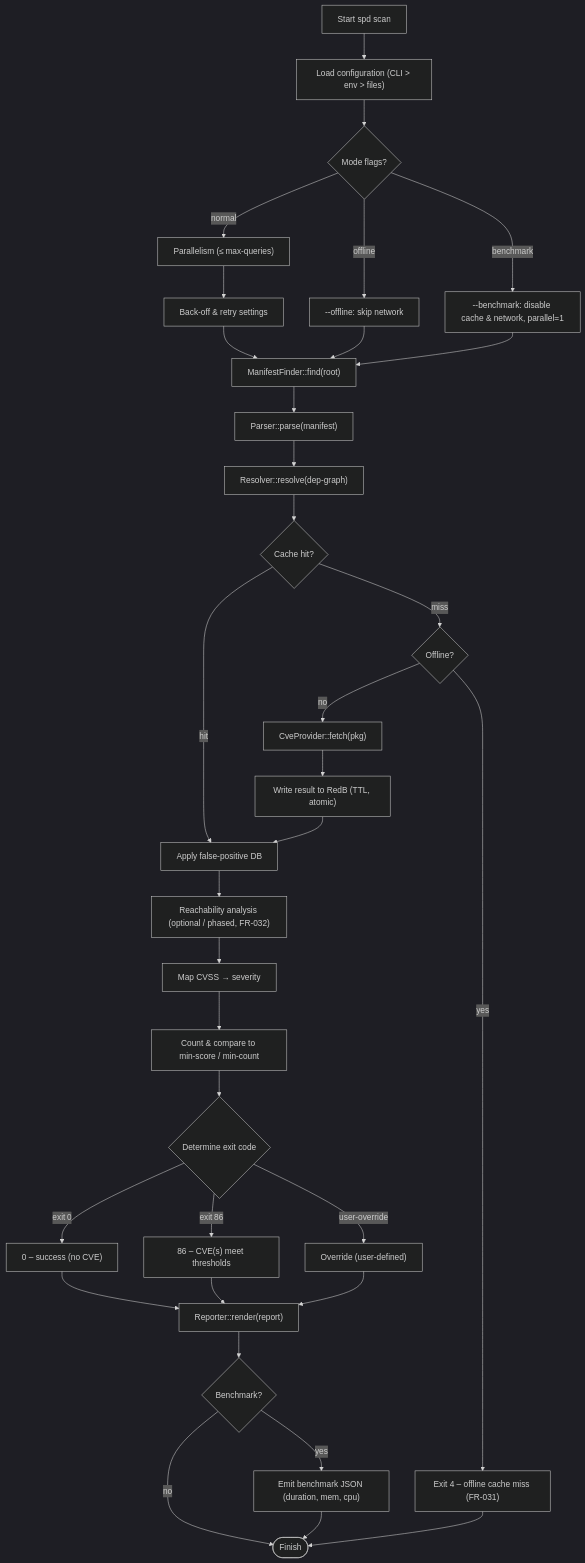
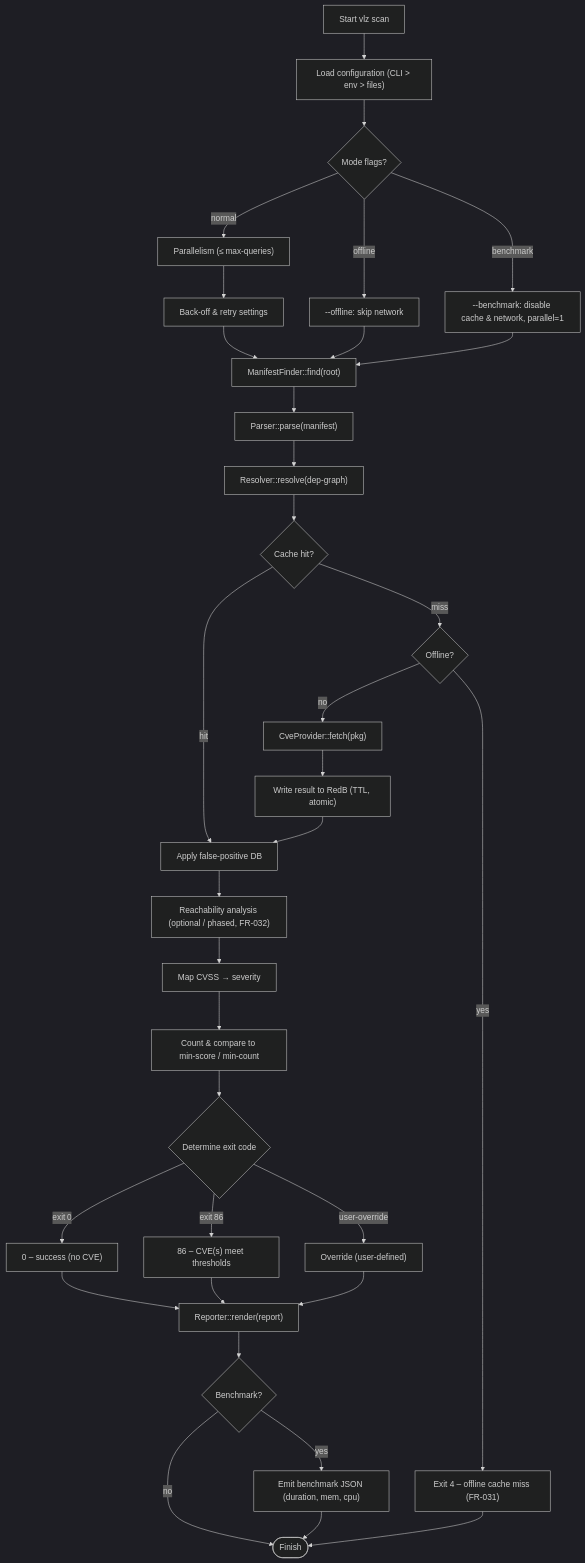
The diagram in architecture/execution-flow.mmd (verilyze/verilyze), drawn with Mermaid (dark theme) before and after one commit. The commit also changed 125 other files, not shown here.

```diff
--- a/architecture/execution-flow.mmd
+++ b/architecture/execution-flow.mmd
@@ -1,73 +1,73 @@
 flowchart TD
     %% Entry point
-    Start["Start spd scan"]
+    Start["Start vlz scan"]
 
     %% Configuration & environment
     Config["Load configuration (CLI > env > files)"]
     ModeCheck{"Mode flags?"}
     Offline["--offline: skip network"]
     Benchmark["--benchmark: disable cache & network, parallel=1"]
     BenchmarkCheck{"Benchmark?"}
     ParallelCfg["Parallelism (≤ max‑queries)"]
     BackoffCfg["Back‑off & retry settings"]
 
     %% Scanning phases
     Find["ManifestFinder::find(root)"]
     Parse["Parser::parse(manifest)"]
     Resolve["Resolver::resolve(dep‑graph)"]
     Reachability["Reachability analysis (optional / phased, FR-032)"]
 
     %% Cache handling
     CacheCheck{Cache hit?}
 
     %% Offline handling
     OfflineCheck{Offline?}
 
     %% Post‑lookup processing
     FPFilter["Apply false‑positive DB"]
     Severity["Map CVSS → severity"]
     Threshold["Count & compare to min‑score / min‑count"]
 
     %% Exit‑code logic
     ExitDecision{"Determine exit code"}
     ExitNormal["0 – success (no CVE)"]
     ExitCVE["86 – CVE(s) meet thresholds"]
     ExitOverride["Override (user‑defined)"]
 
     %% Reporting
     Report["Reporter::render(report)"]
     BenchReport["Emit benchmark JSON (duration, mem, cpu)"]
 
     %% Finish
     End([Finish])
 
     %% Flow connections
     Start --> Config --> ModeCheck
     ModeCheck -- normal --> ParallelCfg
     ModeCheck -- offline --> Offline
     ModeCheck -- benchmark --> Benchmark
 
     ParallelCfg --> BackoffCfg --> Find
     Offline --> Find
     Benchmark --> Find
 
     Find --> Parse --> Resolve --> CacheCheck
 
     CacheCheck -- hit --> FPFilter
     CacheCheck -- miss --> OfflineCheck
     OfflineCheck -- no --> Query["CveProvider::fetch(pkg)"] --> CacheWrite["Write result to RedB (TTL, atomic)"] --> FPFilter
     OfflineCheck -- yes --> OfflineError["Exit 4 – offline cache miss (FR-031)"]
     OfflineError --> End
 
     FPFilter --> Reachability --> Severity --> Threshold --> ExitDecision
     ExitDecision -- exit 0 --> ExitNormal
     ExitDecision -- exit 86 --> ExitCVE
     ExitDecision -- user‑override --> ExitOverride
 
     ExitNormal --> Report
     ExitCVE --> Report
     ExitOverride --> Report
 
     Report --> BenchmarkCheck
     BenchmarkCheck -- no --> End
     BenchmarkCheck -- yes --> BenchReport --> End
```
